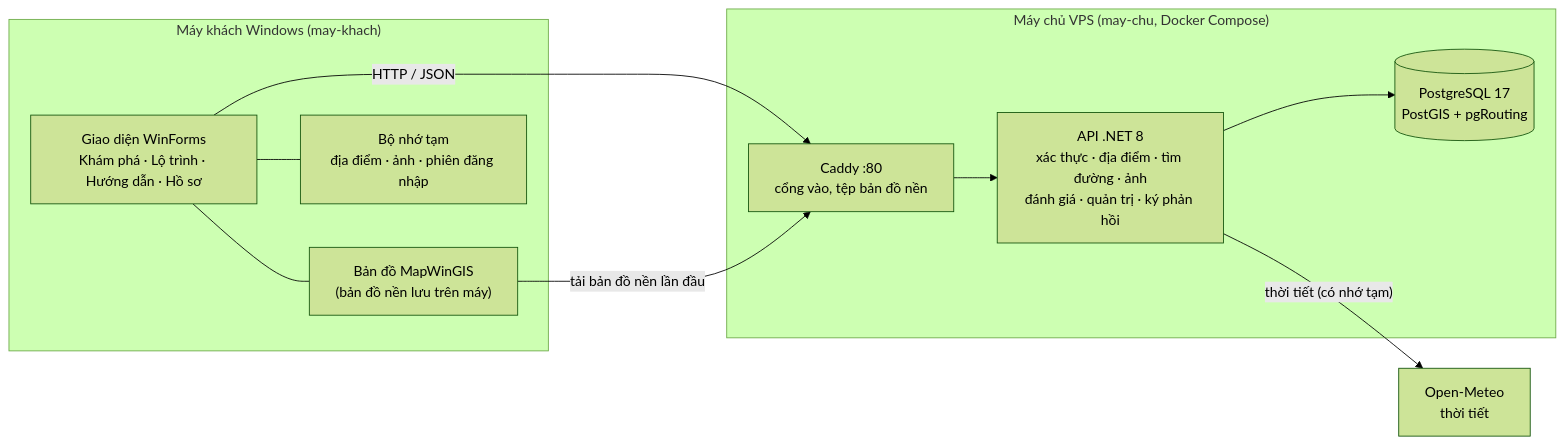
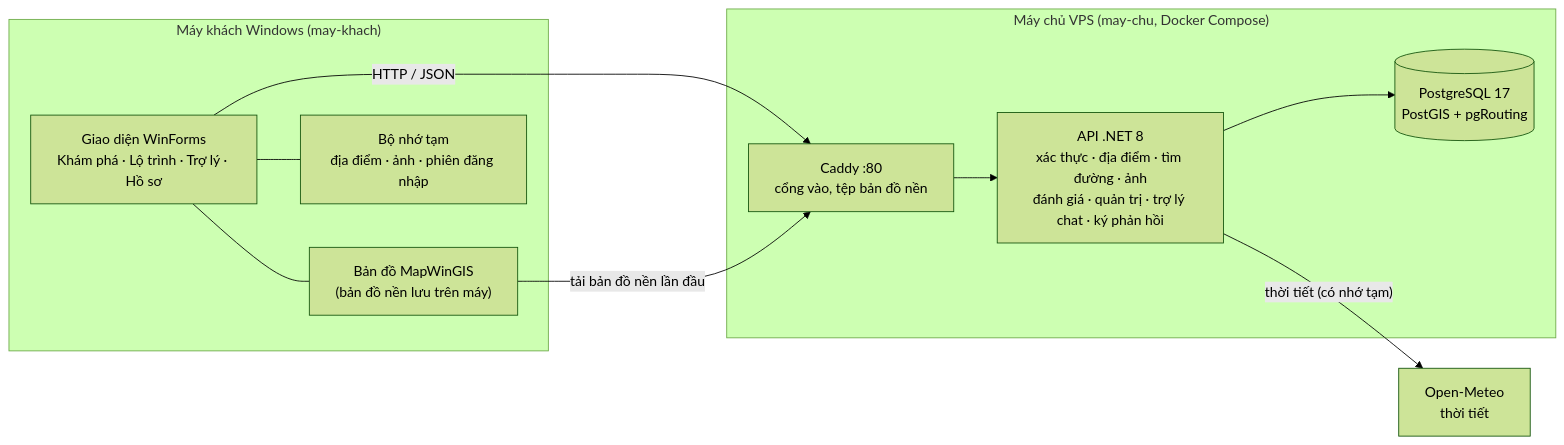
The first of 6 diagrams in tai-lieu/so-do.md (cuong-bo/HQT_CSDL), drawn with Mermaid (forest theme) before and after one commit. The commit also changed other lines of this file and 40 other files, not shown here.

Commit message:
Trợ lý chat DeepSeek: máy chủ, công cụ đọc dữ liệu, hạn mức và tab Trợ lý trên máy khách

````diff
--- a/tai-lieu/so-do.md
+++ b/tai-lieu/so-do.md
@@ -17,23 +17,23 @@
 ```mermaid
 flowchart LR
     subgraph KH["Máy khách Windows (may-khach)"]
-        UI["Giao diện WinForms<br/>Khám phá · Lộ trình · Hướng dẫn · Hồ sơ"]
+        UI["Giao diện WinForms<br/>Khám phá · Lộ trình · Trợ lý · Hồ sơ"]
         MAP["Bản đồ MapWinGIS<br/>(bản đồ nền lưu trên máy)"]
         CACHE["Bộ nhớ tạm<br/>địa điểm · ảnh · phiên đăng nhập"]
         UI --- MAP
         UI --- CACHE
     end
 
     subgraph MC["Máy chủ VPS (may-chu, Docker Compose)"]
         CADDY["Caddy :80<br/>cổng vào, tệp bản đồ nền"]
-        API["API .NET 8<br/>xác thực · địa điểm · tìm đường · ảnh<br/>đánh giá · quản trị · ký phản hồi"]
+        API["API .NET 8<br/>xác thực · địa điểm · tìm đường · ảnh<br/>đánh giá · quản trị · trợ lý chat · ký phản hồi"]
         DB[("PostgreSQL 17<br/>PostGIS + pgRouting")]
         CADDY --> API --> DB
     end
 
     METEO["Open-Meteo<br/>thời tiết"]
 
     UI -- "HTTP / JSON" --> CADDY
     MAP -- "tải bản đồ nền lần đầu" --> CADDY
     API -- "thời tiết (có nhớ tạm)" --> METEO
 ```
````
